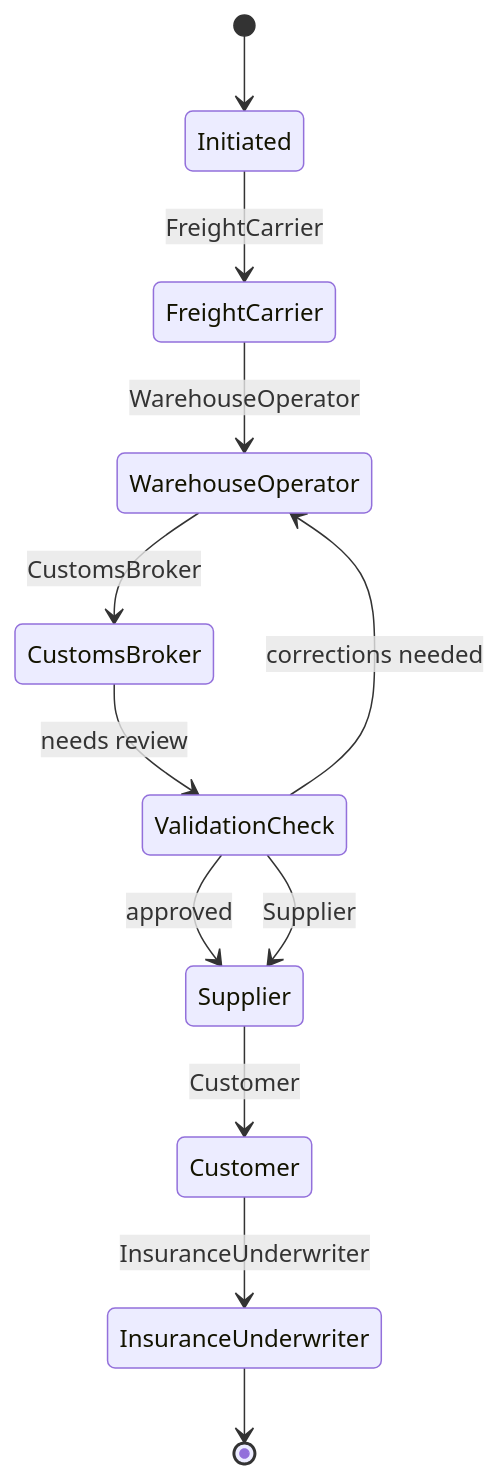
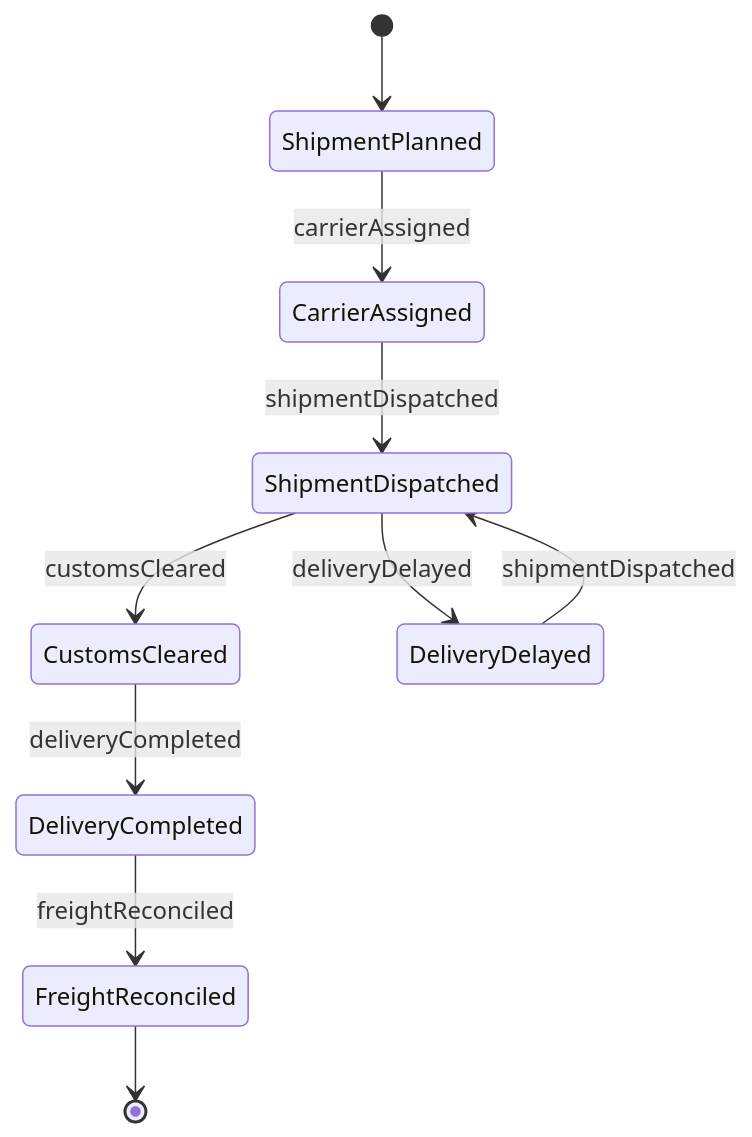
Before and after one commit to dot-org-ai/tasks.org.ai: the second of 4 diagrams in GuidingDirectingAndMotivatingSubordinates/DirectOrganizationalOperationsActivitiesOrProcedures/CoordinateLogisticsBusinessOperations.mdx, drawn with Mermaid. The commit also changed other lines of this file and 515 other files, not shown here.

````diff
--- a/GuidingDirectingAndMotivatingSubordinates/DirectOrganizationalOperationsActivitiesOrProcedures/CoordinateLogisticsBusinessOperations.mdx
+++ b/GuidingDirectingAndMotivatingSubordinates/DirectOrganizationalOperationsActivitiesOrProcedures/CoordinateLogisticsBusinessOperations.mdx
@@ -102,14 +105,12 @@
 ```mermaid
 stateDiagram-v2
-    [*] --> Initiated
-    Initiated --> FreightCarrier: FreightCarrier
-    FreightCarrier --> WarehouseOperator: WarehouseOperator
-    WarehouseOperator --> CustomsBroker: CustomsBroker
-    CustomsBroker --> ValidationCheck: needs review
-    ValidationCheck --> WarehouseOperator: corrections needed
-    ValidationCheck --> Supplier: approved
-    ValidationCheck --> Supplier: Supplier
-    Supplier --> Customer: Customer
-    Customer --> InsuranceUnderwriter: InsuranceUnderwriter
-    InsuranceUnderwriter --> [*]
+    [*] --> ShipmentPlanned
+    ShipmentPlanned --> CarrierAssigned : carrierAssigned
+    CarrierAssigned --> ShipmentDispatched : shipmentDispatched
+    ShipmentDispatched --> CustomsCleared : customsCleared
+    CustomsCleared --> DeliveryCompleted : deliveryCompleted
+    DeliveryCompleted --> FreightReconciled : freightReconciled
+    ShipmentDispatched --> DeliveryDelayed : deliveryDelayed
+    DeliveryDelayed --> ShipmentDispatched : shipmentDispatched
+    FreightReconciled --> [*]
 ```
````
